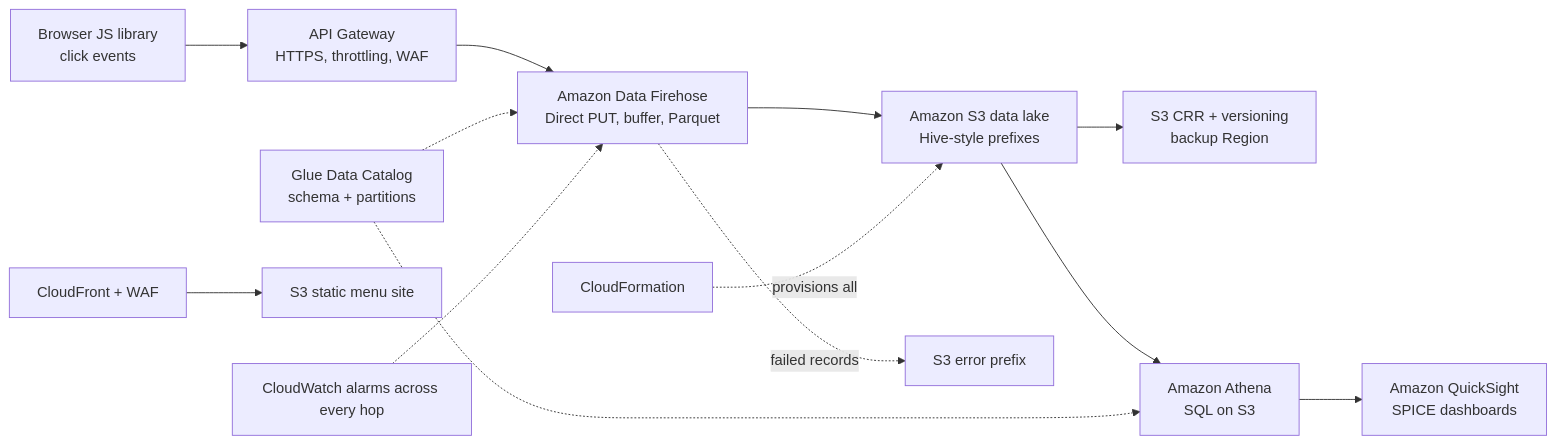
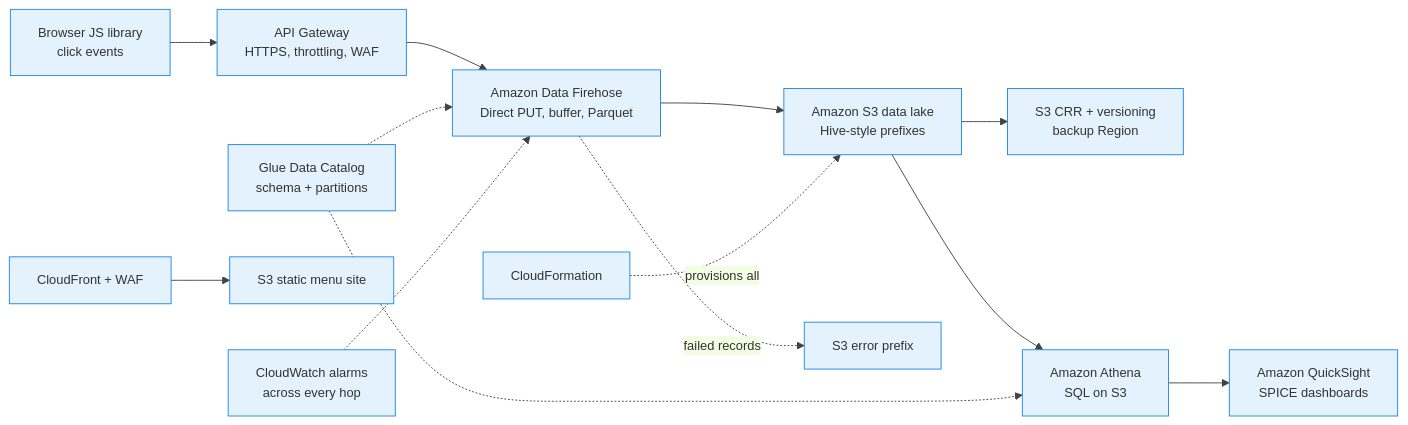
Before and after one commit to senthilkumarm1901/learn_by_blogging: diagram 15 of 16 in aws_cloud_technical_essentials_book/11-serverless-data-analytics.qmd, drawn with Mermaid. The commit also changed other lines of this file and 3 other files, not shown here.

Commit message:
updated diagrams, business cases used

````diff
--- a/aws_cloud_technical_essentials_book/11-serverless-data-analytics.qmd
+++ b/aws_cloud_technical_essentials_book/11-serverless-data-analytics.qmd
@@ -431,15 +462,16 @@
 ```{mermaid}
+%%{init: {'theme': 'base', 'themeVariables': {'primaryColor': '#E3F2FD', 'primaryBorderColor': '#1E88E5', 'lineColor': '#424242', 'fontSize': '14px'}}}%%
 flowchart LR
     JS["Browser JS library<br>click events"] --> AG["API Gateway<br>HTTPS, throttling, WAF"]
     AG --> KDF["Amazon Data Firehose<br>Direct PUT, buffer, Parquet"]
     KDF --> S3["Amazon S3 data lake<br>Hive-style prefixes"]
     KDF -.->|"failed records"| ERR["S3 error prefix"]
     S3 --> CRR["S3 CRR + versioning<br>backup Region"]
     S3 --> ATH["Amazon Athena<br>SQL on S3"]
     GDC["Glue Data Catalog<br>schema + partitions"] -.-> ATH
     GDC -.-> KDF
     ATH --> QS["Amazon QuickSight<br>SPICE dashboards"]
     CF["CloudFront + WAF"] --> MENU["S3 static menu site"]
     IaC["CloudFormation"] -.->|provisions all| S3
-    CW["CloudWatch alarms across every hop"] -.-> KDF
+    CW["CloudWatch alarms<br>across every hop"] -.-> KDF
 ```
````
